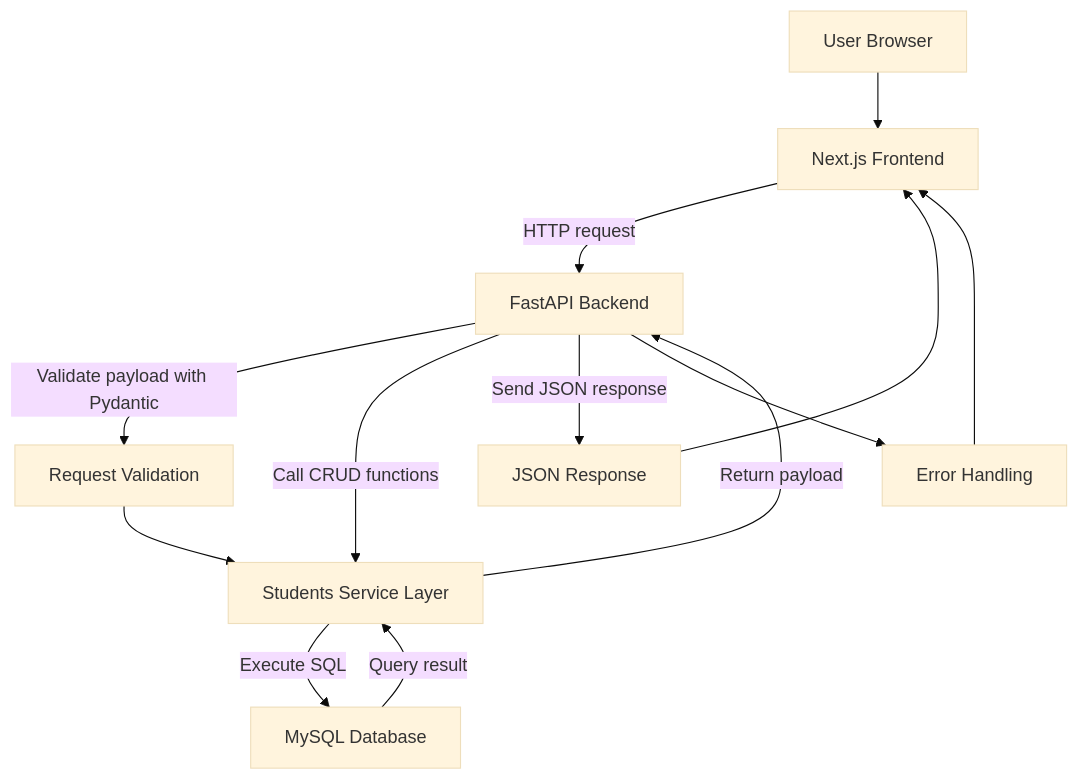
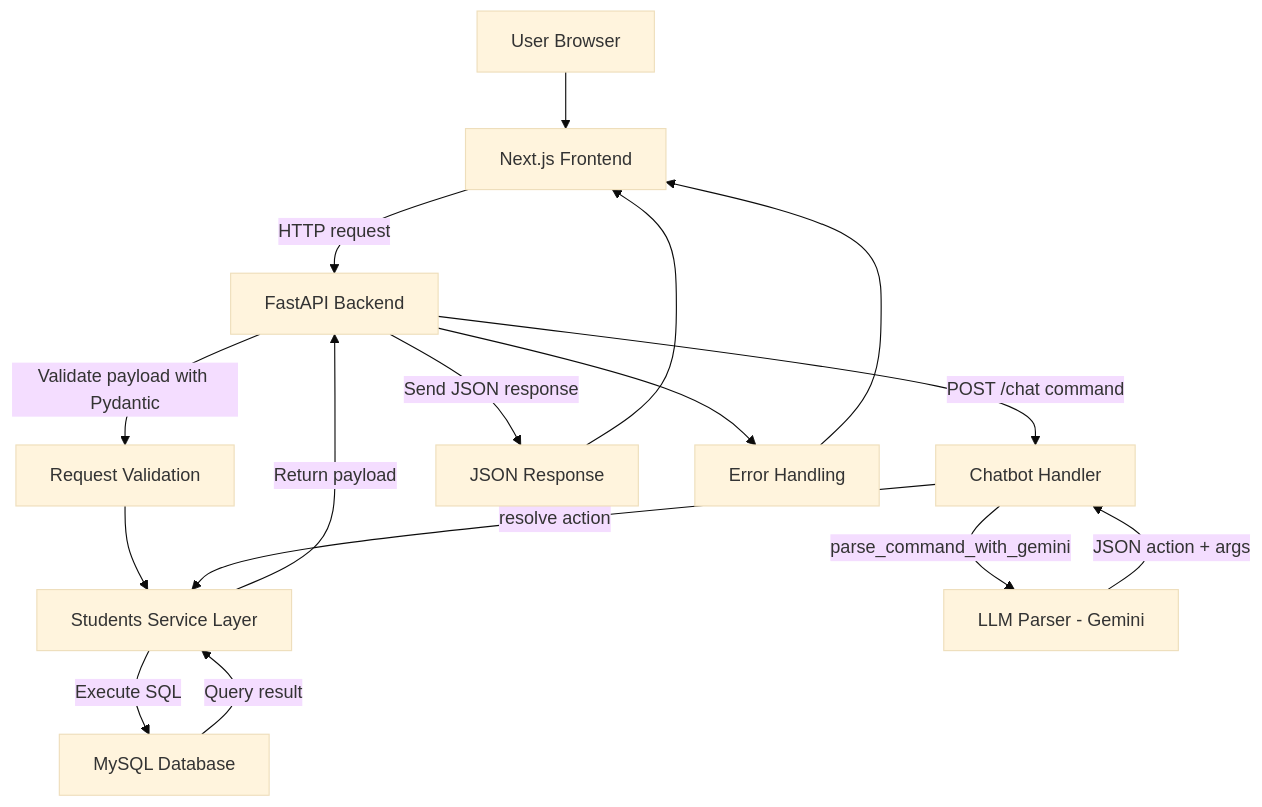
The second of 5 diagrams in README.md (Laksh-Shetty/School_Management), drawn with Mermaid (base theme) before and after one commit. The commit also changed other lines of this file, not shown here.

First line of the commit message:
Add AI chat interface and update project overview

````diff
--- a/README.md
+++ b/README.md
@@ -47,24 +50,29 @@
 ```mermaid
 flowchart TD
   U[User Browser]
   F[Next.js Frontend]
   A[FastAPI Backend]
   V[Request Validation]
   S[Students Service Layer]
+  P[LLM Parser - Gemini]
+  C[Chatbot Handler]
   D[MySQL Database]
   R[JSON Response]
   E[Error Handling]
 
   U --> F
   F -->|HTTP request| A
   A -->|Validate payload with Pydantic| V
   V --> S
-  A -->|Call CRUD functions| S
+  A -->|POST /chat command| C
+  C -->|parse_command_with_gemini| P
+  P -->|JSON action + args| C
+  C -->|resolve action| S
   S -->|Execute SQL| D
   D -->|Query result| S
   S -->|Return payload| A
   A -->|Send JSON response| R
   R --> F
   A --> E
   E --> F
 ```
````
